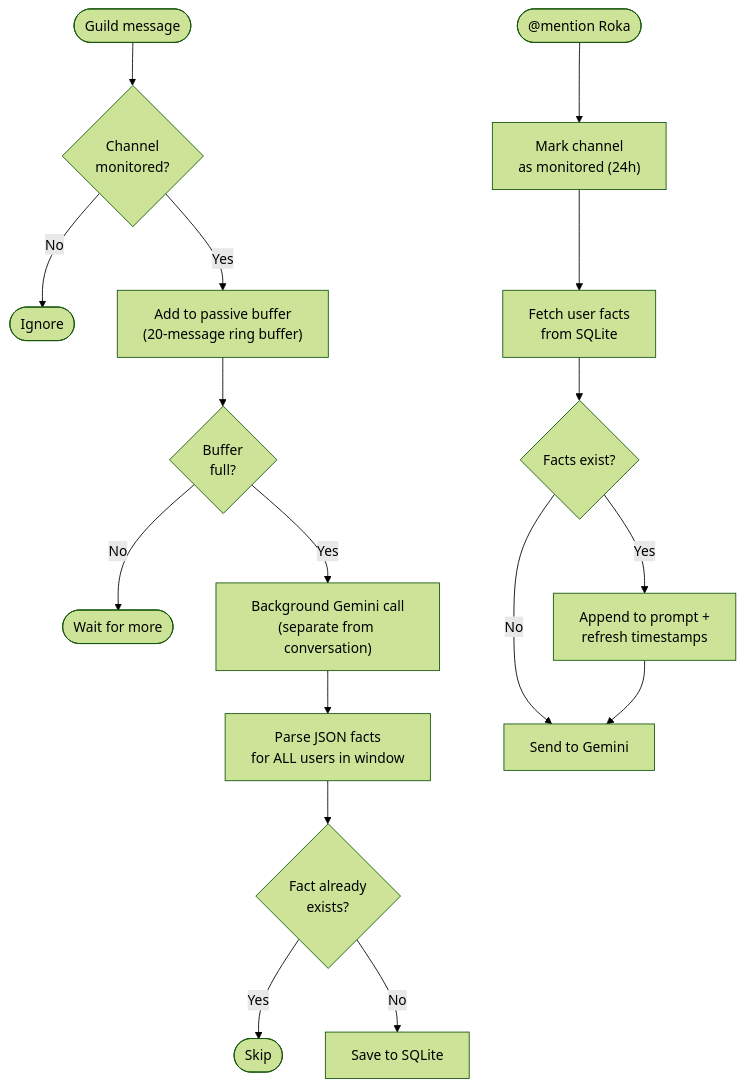
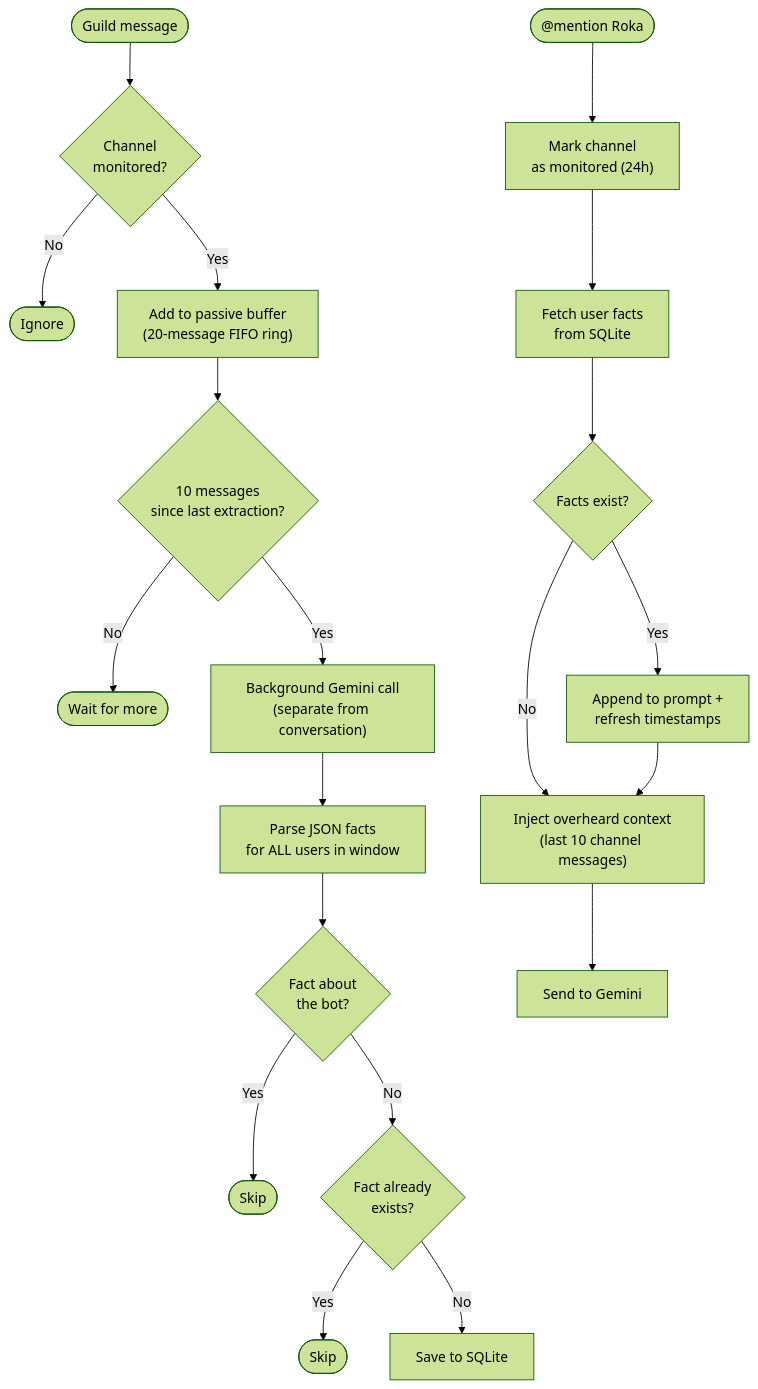
One commit to AlaskanTuna/rokabot changed the seventh of 9 diagrams in README.md. Above: the diagram before and after it, drawn with Mermaid (forest theme). The commit also changed other lines of this file and 1 other file, not shown here.

Commit message:
docs: add config.yml comments and update README for new memory architecture

````diff
--- a/README.md
+++ b/README.md
@@ -225,20 +228,23 @@
 ```mermaid
 flowchart TD
     Msg([Guild message]) --> Monitored{"Channel\nmonitored?"}
     Monitored -->|No| Skip1([Ignore])
-    Monitored -->|Yes| Buffer["Add to passive buffer\n(20-message ring buffer)"]
-    Buffer --> Full{"Buffer\nfull?"}
-    Full -->|No| Wait([Wait for more])
-    Full -->|Yes| Extract["Background Gemini call\n(separate from conversation)"]
+    Monitored -->|Yes| Buffer["Add to passive buffer\n(20-message FIFO ring)"]
+    Buffer --> Counter{"10 messages\nsince last extraction?"}
+    Counter -->|No| Wait([Wait for more])
+    Counter -->|Yes| Extract["Background Gemini call\n(separate from conversation)"]
     Extract --> Parse["Parse JSON facts\nfor ALL users in window"]
-    Parse --> Dedup{"Fact already\nexists?"}
+    Parse --> BotCheck{"Fact about\nthe bot?"}
+    BotCheck -->|Yes| Skip3([Skip])
+    BotCheck -->|No| Dedup{"Fact already\nexists?"}
     Dedup -->|Yes| Skip2([Skip])
     Dedup -->|No| Save["Save to SQLite"]
 
     Mention(["@mention Roka"]) --> Activate["Mark channel\nas monitored (24h)"]
     Activate --> Fetch["Fetch user facts\nfrom SQLite"]
     Fetch --> Inject{"Facts exist?"}
     Inject -->|Yes| Append["Append to prompt +\nrefresh timestamps"]
-    Inject -->|No| LLM
-    Append --> LLM["Send to Gemini"]
+    Inject -->|No| Context
+    Append --> Context["Inject overheard context\n(last 10 channel messages)"]
+    Context --> LLM["Send to Gemini"]
 ```
````
